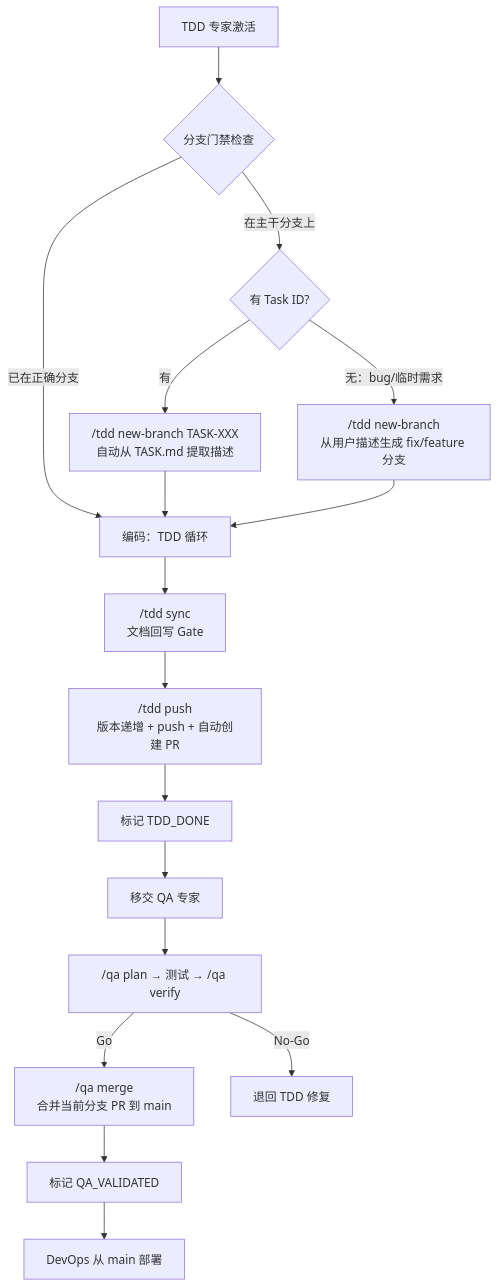
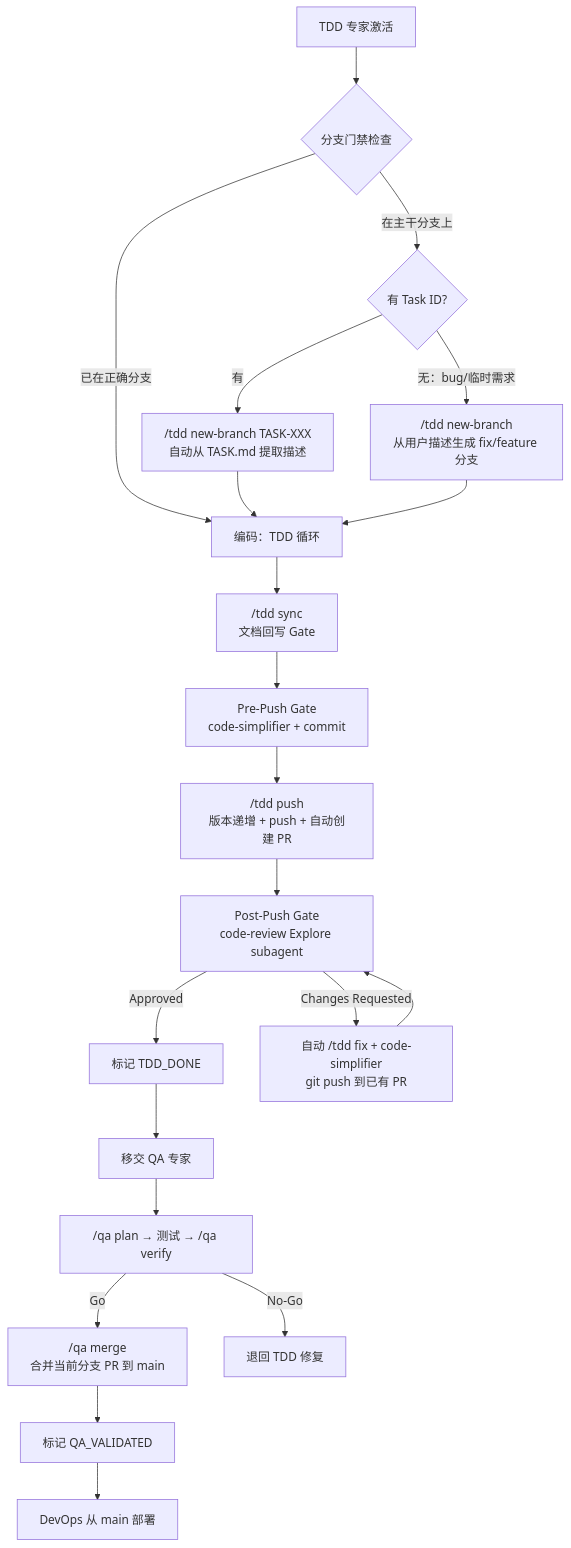
Before and after one commit to hollisyao2024/PromptsEngineering: the diagram in AgentRoles/TDD-PROGRAMMING-EXPERT.md, drawn with Mermaid. The commit also changed other lines of this file, not shown here.

First line of the commit message:
feat(tdd): add Pre-Push and Post-Push code quality gates

````diff
--- a/AgentRoles/TDD-PROGRAMMING-EXPERT.md
+++ b/AgentRoles/TDD-PROGRAMMING-EXPERT.md
@@ -334,19 +373,23 @@
 ```mermaid
 flowchart TD
     A[TDD 专家激活] --> B{分支门禁检查}
     B -->|在主干分支上| C{有 Task ID?}
     B -->|已在正确分支| F[编码：TDD 循环]
     C -->|有| D["/tdd new-branch TASK-XXX<br/>自动从 TASK.md 提取描述"]
     C -->|无：bug/临时需求| E["/tdd new-branch<br/>从用户描述生成 fix/feature 分支"]
     D --> F
     E --> F
     F --> G["/tdd sync<br/>文档回写 Gate"]
-    G --> H["/tdd push<br/>版本递增 + push + 自动创建 PR"]
-    H --> I[标记 TDD_DONE]
+    G --> G2["Pre-Push Gate<br/>code-simplifier + commit"]
+    G2 --> H["/tdd push<br/>版本递增 + push + 自动创建 PR"]
+    H --> H2["Post-Push Gate<br/>code-review Explore subagent"]
+    H2 -->|Approved| I[标记 TDD_DONE]
+    H2 -->|Changes Requested| H3["自动 /tdd fix + code-simplifier<br/>git push 到已有 PR"]
+    H3 --> H2
     I --> J[移交 QA 专家]
     J --> K["/qa plan → 测试 → /qa verify"]
     K -->|Go| L["/qa merge<br/>合并当前分支 PR 到 main"]
     K -->|No-Go| M[退回 TDD 修复]
     L --> N[标记 QA_VALIDATED]
     N --> O[DevOps 从 main 部署]
 ```
````
